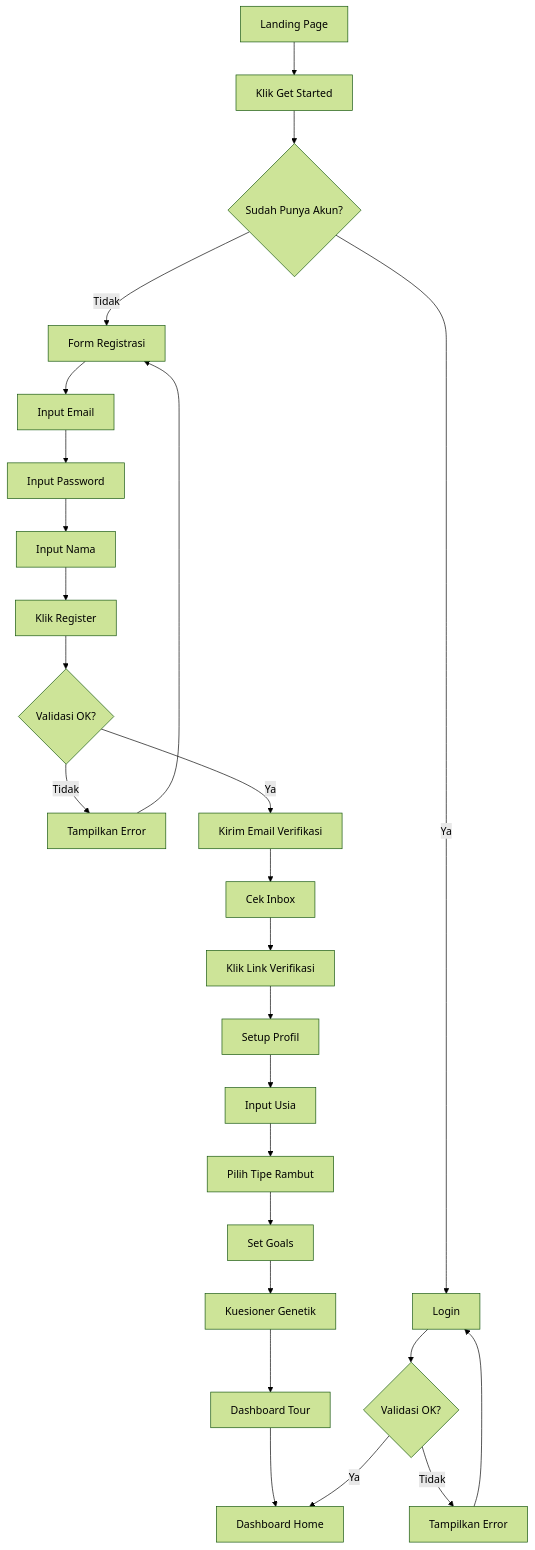
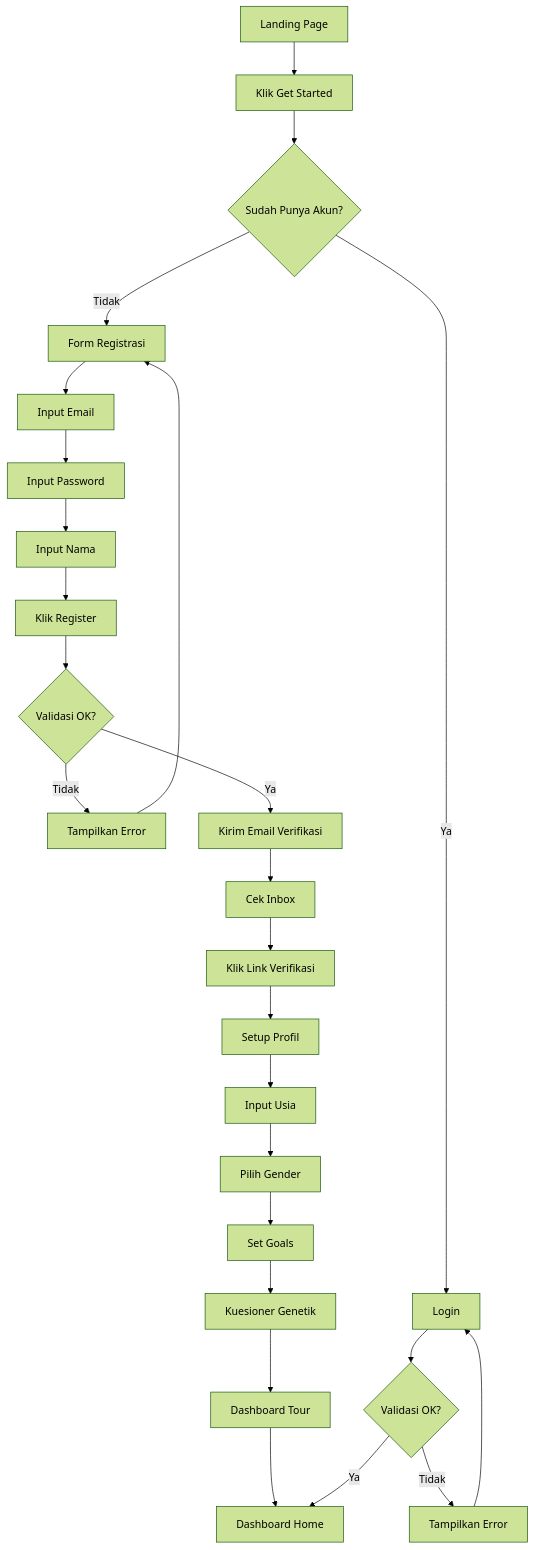
The second of 9 diagrams in Documentation/USER-FLOW.md (petrushandika/Scalp-Analytics), drawn with Mermaid (forest theme) before and after one commit. The commit also changed other lines of this file and 5 other files, not shown here.

````diff
--- a/Documentation/USER-FLOW.md
+++ b/Documentation/USER-FLOW.md
@@ -57,33 +58,33 @@
 ```mermaid
 flowchart TD
     A[Landing Page] --> B[Klik Get Started]
     B --> C{Sudah Punya Akun?}
     C -->|Ya| D[Login]
     C -->|Tidak| E[Form Registrasi]
-
+    
     E --> F[Input Email]
     F --> G[Input Password]
     G --> H[Input Nama]
     H --> I[Klik Register]
-
+    
     I --> J{Validasi OK?}
     J -->|Tidak| K[Tampilkan Error]
     K --> E
-
+    
     J -->|Ya| L[Kirim Email Verifikasi]
     L --> M[Cek Inbox]
     M --> N[Klik Link Verifikasi]
     N --> O[Setup Profil]
-
+    
     O --> P[Input Usia]
-    P --> Q[Pilih Tipe Rambut]
+    P --> Q[Pilih Gender]
     Q --> R[Set Goals]
     R --> S[Kuesioner Genetik]
     S --> T[Dashboard Tour]
     T --> U[Dashboard Home]
-
+    
     D --> V{Validasi OK?}
     V -->|Tidak| W[Tampilkan Error]
     W --> D
     V -->|Ya| U
 ```
````
